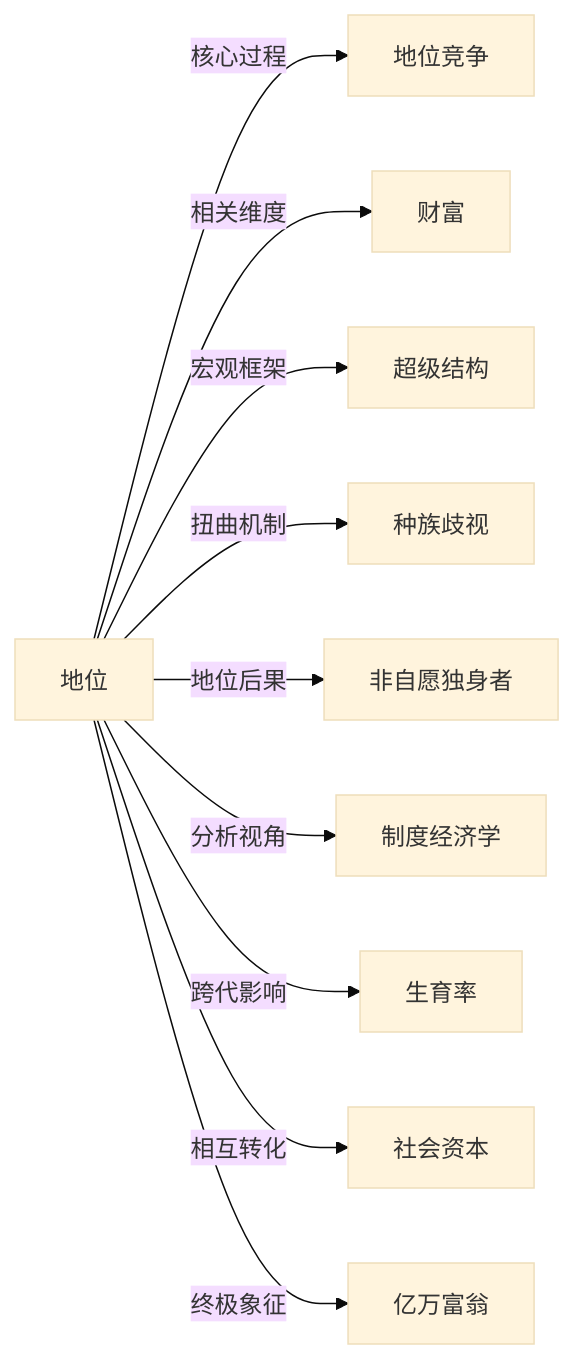
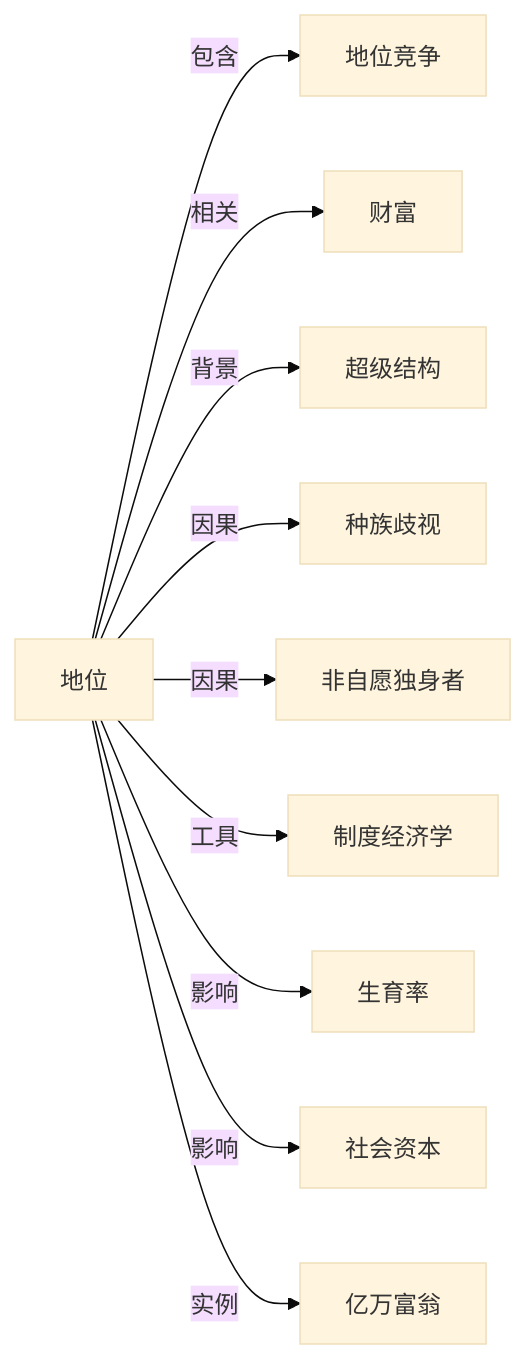
One commit to KIMMCHOW/MyKnowledge changed the diagram in Knowledge/Concepts/社会学/地位.md. Above: the diagram before and after it, drawn with Mermaid (base theme). The commit also changed 95 other files, not shown here.

Commit message:
reorganize: 统一关系图边标签为11类

````diff
--- a/Knowledge/Concepts/社会学/地位.md
+++ b/Knowledge/Concepts/社会学/地位.md
@@ -49,12 +49,12 @@
 ```mermaid
 graph LR
-地位 -->|核心过程| 地位竞争
-地位 -->|相关维度| 财富
-地位 -->|宏观框架| 超级结构
-地位 -->|扭曲机制| 种族歧视
-地位 -->|地位后果| 非自愿独身者
-地位 -->|分析视角| 制度经济学
-地位 -->|跨代影响| 生育率
-地位 -->|相互转化| 社会资本
-地位 -->|终极象征| 亿万富翁
+地位 -->|包含| 地位竞争
+地位 -->|相关| 财富
+地位 -->|背景| 超级结构
+地位 -->|因果| 种族歧视
+地位 -->|因果| 非自愿独身者
+地位 -->|工具| 制度经济学
+地位 -->|影响| 生育率
+地位 -->|影响| 社会资本
+地位 -->|实例| 亿万富翁
 ```
````
